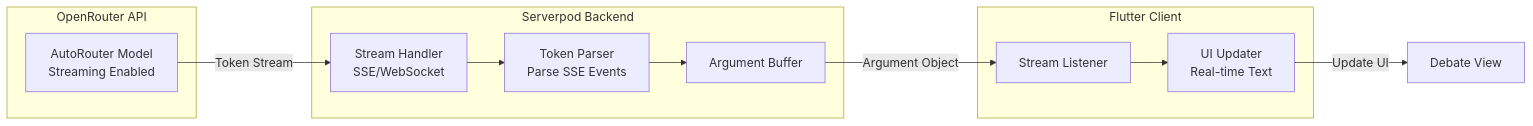
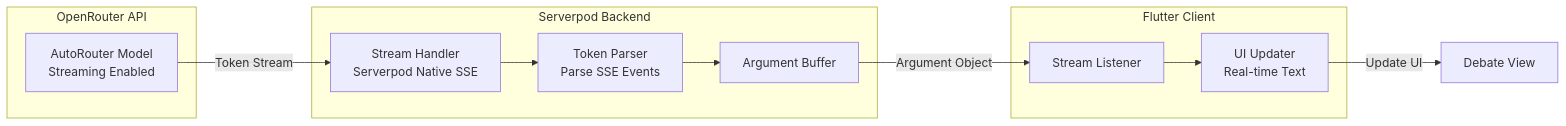
One commit to itsgg/agora changed the fourth of 4 diagrams in docs/ARCHITECTURE_DIAGRAM.md. Above: the diagram before and after it, drawn with Mermaid. The commit also changed other lines of this file and 4 other files, not shown here.

````diff
--- a/docs/ARCHITECTURE_DIAGRAM.md
+++ b/docs/ARCHITECTURE_DIAGRAM.md
@@ -152,24 +152,24 @@
 ```mermaid
 graph LR
     subgraph "OpenRouter API"
         AI[AutoRouter Model<br/>Streaming Enabled]
     end
     
     subgraph "Serverpod Backend"
-        StreamHandler[Stream Handler<br/>SSE/WebSocket]
+        StreamHandler[Stream Handler<br/>Serverpod Native SSE]
         TokenParser[Token Parser<br/>Parse SSE Events]
         Buffer[Argument Buffer]
     end
     
     subgraph "Flutter Client"
         StreamListener[Stream Listener]
         UIUpdater[UI Updater<br/>Real-time Text]
     end
     
     AI -->|Token Stream| StreamHandler
     StreamHandler --> TokenParser
     TokenParser --> Buffer
     Buffer -->|Argument Object| StreamListener
     StreamListener --> UIUpdater
     UIUpdater -->|Update UI| Flutter[Debate View]
 ```
````
